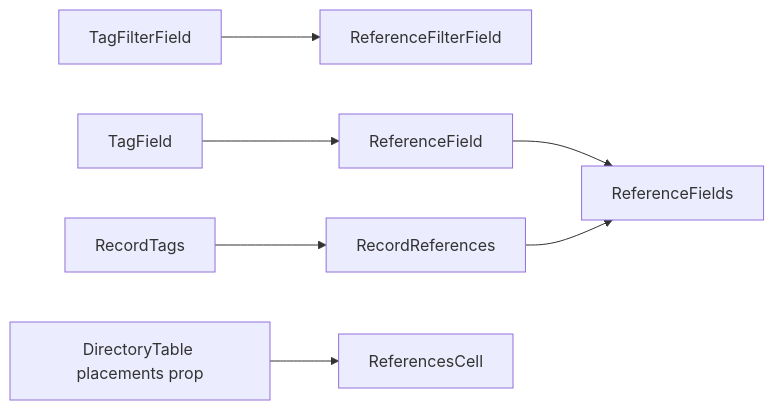
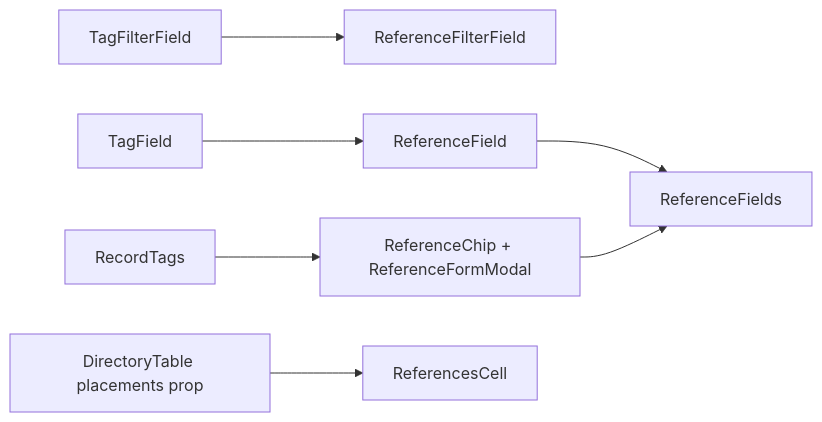
One commit to ballardr/reqtrackmanager changed diagram 29 of 38 in docs/ux-style-guide.md. Above: the diagram before and after it, drawn with Mermaid. The commit also changed other lines of this file and 46 other files, not shown here.

Commit message:
Phase 53 - Record header: one add control for tags, components and references

````diff
--- a/docs/ux-style-guide.md
+++ b/docs/ux-style-guide.md
@@ -1332,9 +1332,9 @@
 ```mermaid
 flowchart LR
     TF["TagFilterField"] --> RF["ReferenceFilterField"]
     TG["TagField"] --> RFD["ReferenceField"]
-    RT["RecordTags"] --> RR["RecordReferences"]
+    RT["RecordTags"] --> RR["ReferenceChip + ReferenceFormModal"]
     DT["DirectoryTable placements prop"] --> RC["ReferencesCell"]
     RFD --> FG["ReferenceFields"]
     RR --> FG
 ```
````
